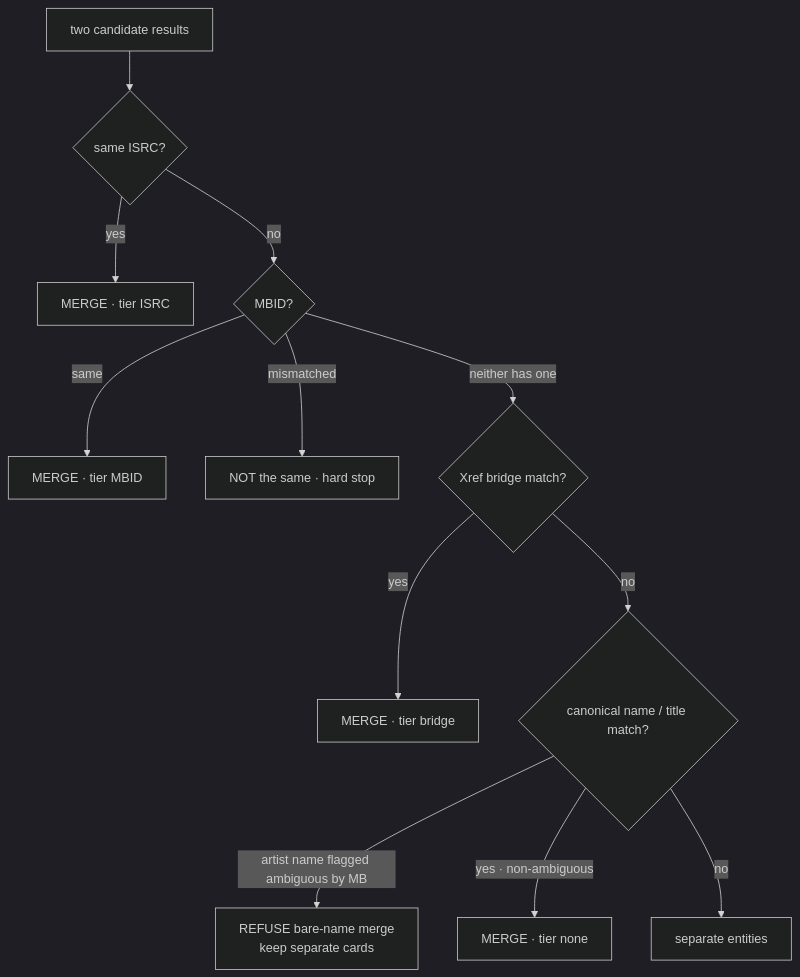
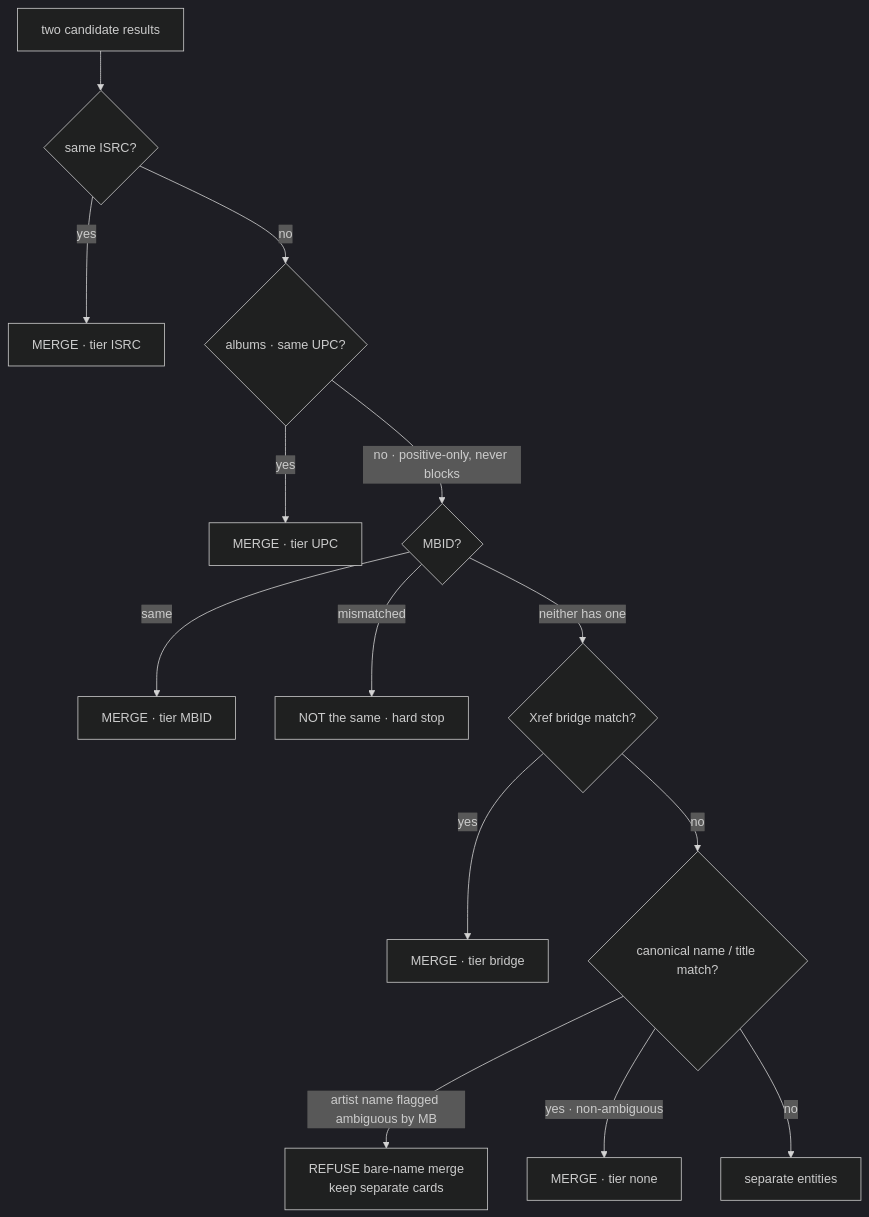
The third of 6 diagrams in services/go-api/internal/discovery/ARCHITECTURE.md (aleburrascano/altune), drawn with Mermaid (dark theme) before and after one commit. The commit also changed other lines of this file and 1 other file, not shown here.

Commit message:
docs(docs): architecture drift fixes + 2026-07-23 review reality

````diff
--- a/services/go-api/internal/discovery/ARCHITECTURE.md
+++ b/services/go-api/internal/discovery/ARCHITECTURE.md
@@ -242,14 +242,16 @@
 ```mermaid
 flowchart TD
     A["two candidate results"] --> ISRC{"same ISRC?"}
     ISRC -->|yes| MI["MERGE · tier ISRC"]
-    ISRC -->|no| MBID{"MBID?"}
+    ISRC -->|no| UPC{"albums · same UPC?"}
+    UPC -->|yes| MU["MERGE · tier UPC"]
+    UPC -->|"no · positive-only, never blocks"| MBID{"MBID?"}
     MBID -->|same| MM["MERGE · tier MBID"]
     MBID -->|mismatched| HN["NOT the same · hard stop"]
     MBID -->|"neither has one"| BR{"Xref bridge match?"}
     BR -->|yes| MB2["MERGE · tier bridge"]
     BR -->|no| NM{"canonical name / title match?"}
     NM -->|"artist name flagged ambiguous by MB"| RF["REFUSE bare-name merge<br/>keep separate cards"]
     NM -->|"yes · non-ambiguous"| MN["MERGE · tier none"]
     NM -->|no| SE["separate entities"]
 ```
````
